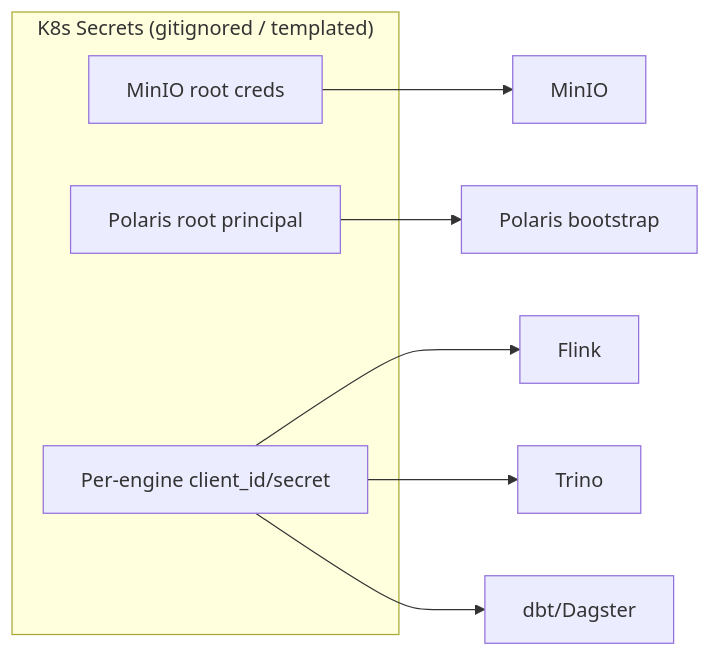
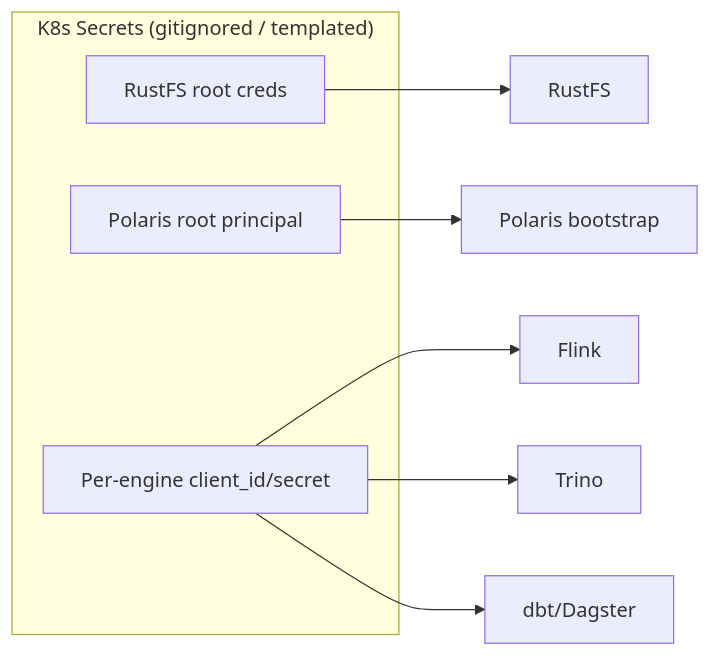
The third of 3 diagrams in docs/tech/architecture/04-governance-and-security.md (christiannarbon/open-iceberg-stack), drawn with Mermaid before and after one commit. The commit also changed other lines of this file, not shown here.

Commit message:
updating security perimeter settings docs specific for rustfs

````diff
--- a/docs/tech/architecture/04-governance-and-security.md
+++ b/docs/tech/architecture/04-governance-and-security.md
@@ -87,13 +87,13 @@
 ```mermaid
 flowchart LR
     subgraph secrets["K8s Secrets (gitignored / templated)"]
-        minioRoot[MinIO root creds]
+        rustfsRoot[RustFS root creds]
         polRoot[Polaris root principal]
         engCreds[Per-engine client_id/secret]
     end
-    minioRoot --> minioPod[MinIO]
+    rustfsRoot --> rustfsPod[RustFS]
     polRoot --> polPod[Polaris bootstrap]
     engCreds --> flinkPod[Flink]
     engCreds --> trinoPod[Trino]
     engCreds --> dbtPod[dbt/Dagster]
 ```
````
